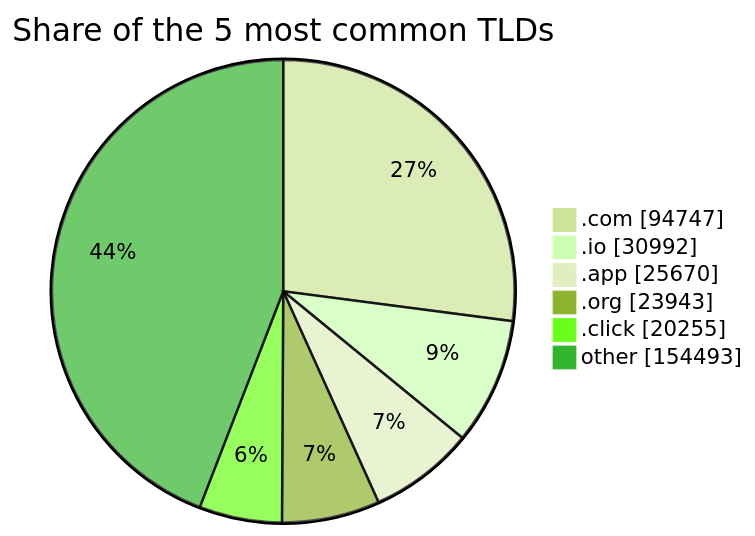
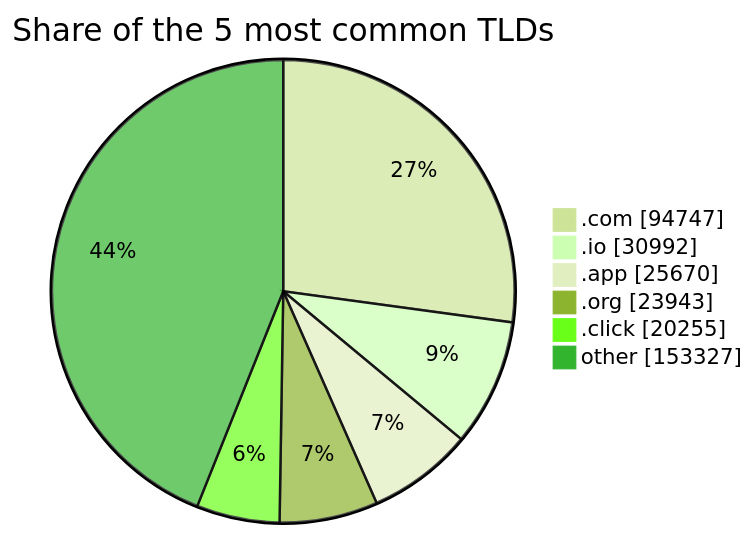
The third of 3 diagrams in README.md (DNSBunker/CTI), drawn with Mermaid (forest theme) before and after one commit. The commit also changed other lines of this file and 4 other files, not shown here.

````diff
--- a/README.md
+++ b/README.md
@@ -81,9 +81,9 @@
 ```mermaid
 pie showData title Share of the 5 most common TLDs
     ".com" : 94747
     ".io" : 30992
     ".app" : 25670
     ".org" : 23943
     ".click" : 20255
-    "other" : 154493
+    "other" : 153327
 ```
````
